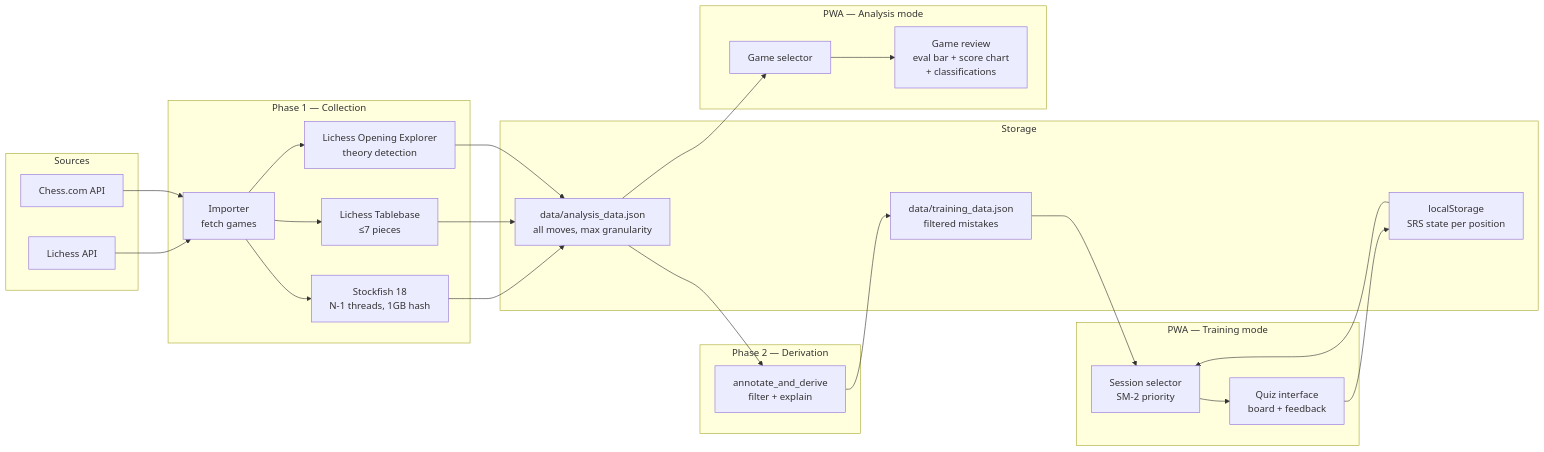
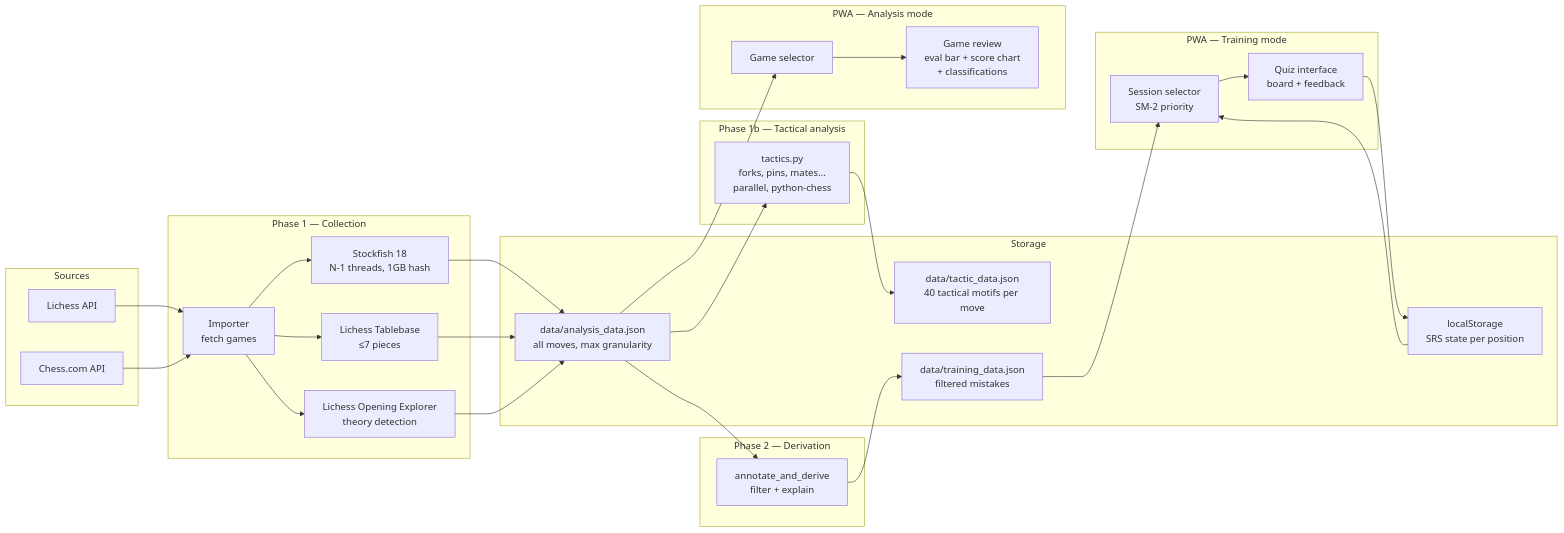
Before and after one commit to Bobain/chess-opening-prep: the first of 2 diagrams in docs/flows/data-flows.md, drawn with Mermaid. The commit also changed other lines of this file, not shown here.

Commit message:
Update data-flows.md: add tactic_data.json to pipeline

````diff
--- a/docs/flows/data-flows.md
+++ b/docs/flows/data-flows.md
@@ -11,51 +11,58 @@
 ```mermaid
 flowchart LR
     subgraph Sources
         LI[Lichess API]
         CC[Chess.com API]
     end
 
     subgraph "Phase 1 — Collection"
         IMP[Importer<br/>fetch games]
         SF[Stockfish 18<br/>N-1 threads, 1GB hash]
         TB[Lichess Tablebase<br/>≤7 pieces]
         OE[Lichess Opening Explorer<br/>theory detection]
     end
 
     subgraph Storage
         AD[data/analysis_data.json<br/>all moves, max granularity]
+        TAC[data/tactic_data.json<br/>40 tactical motifs per move]
         TD[data/training_data.json<br/>filtered mistakes]
         LS[localStorage<br/>SRS state per position]
+    end
+
+    subgraph "Phase 1b — Tactical analysis"
+        TACT[tactics.py<br/>forks, pins, mates...<br/>parallel, python-chess]
     end
 
     subgraph "Phase 2 — Derivation"
         DER[annotate_and_derive<br/>filter + explain]
     end
 
     subgraph "PWA — Training mode"
         SEL[Session selector<br/>SM-2 priority]
         QUIZ[Quiz interface<br/>board + feedback]
     end
 
     subgraph "PWA — Analysis mode"
         GSEL[Game selector]
         REV[Game review<br/>eval bar + score chart<br/>+ classifications]
     end
 
     LI --> IMP
     CC --> IMP
     IMP --> SF
     IMP --> TB
     IMP --> OE
     SF --> AD
     TB --> AD
     OE --> AD
+    AD --> TACT
+    TACT --> TAC
     AD --> DER
     DER --> TD
     TD --> SEL
     LS --> SEL
     SEL --> QUIZ
     QUIZ --> LS
     AD --> GSEL
     GSEL --> REV
 ```
````
